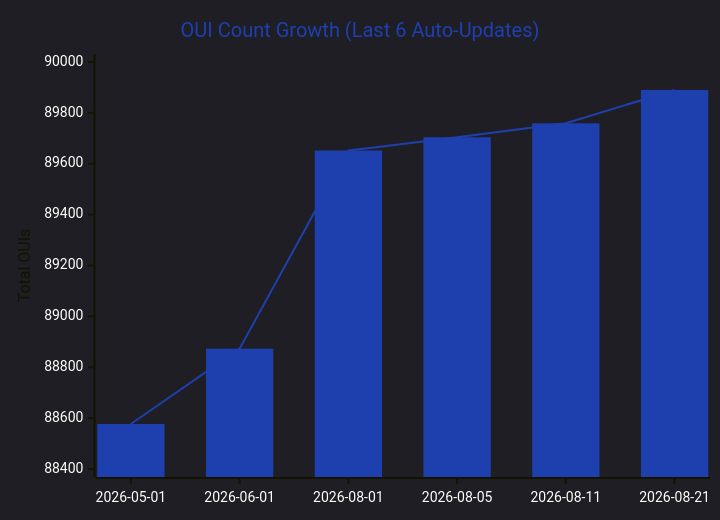
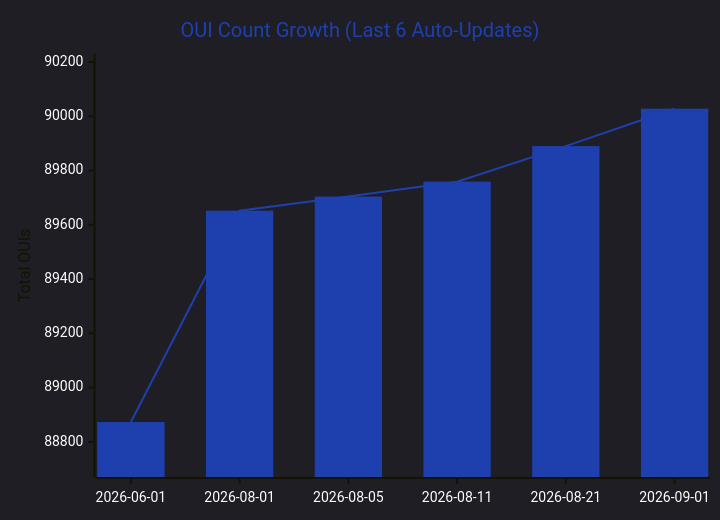
One commit to Ringmast4r/OUI-Master-Database changed the first of 5 diagrams in README.md. Above: the diagram before and after it, drawn with Mermaid. The commit also changed other lines of this file and 14 other files, not shown here.

````diff
--- a/README.md
+++ b/README.md
@@ -71,9 +71,9 @@
 ```mermaid
 %%{init: {'theme':'dark', 'themeVariables': {'xyChart': {'backgroundColor':'#00000000','plotColorPalette':'#1E40AF','titleColor':'#1E40AF','xAxisLabelColor':'#ffffff','yAxisLabelColor':'#ffffff'}}}}%%
 xychart-beta
     title "OUI Count Growth (Last 6 Auto-Updates)"
-    x-axis ["2026-05-01", "2026-06-01", "2026-08-01", "2026-08-05", "2026-08-11", "2026-08-21"]
-    y-axis "Total OUIs" 88400 --> 90000
-    bar [88577, 88873, 89652, 89704, 89759, 89890]
-    line [88577, 88873, 89652, 89704, 89759, 89890]
+    x-axis ["2026-06-01", "2026-08-01", "2026-08-05", "2026-08-11", "2026-08-21", "2026-09-01"]
+    y-axis "Total OUIs" 88700 --> 90200
+    bar [88873, 89652, 89704, 89759, 89890, 90028]
+    line [88873, 89652, 89704, 89759, 89890, 90028]
 ```
````
